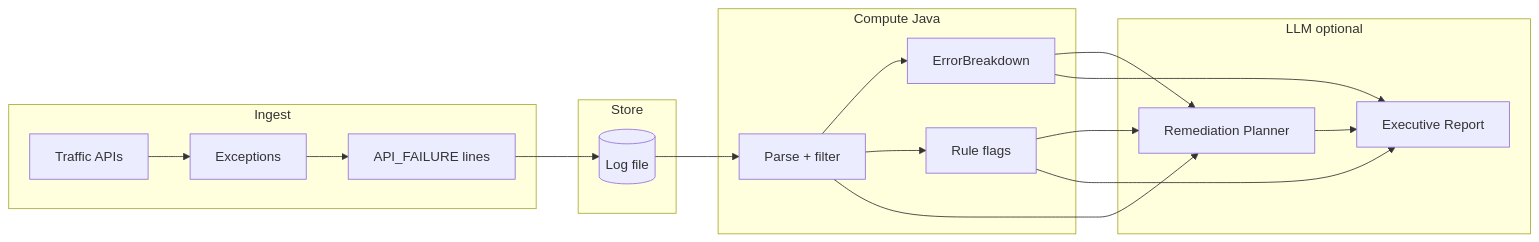
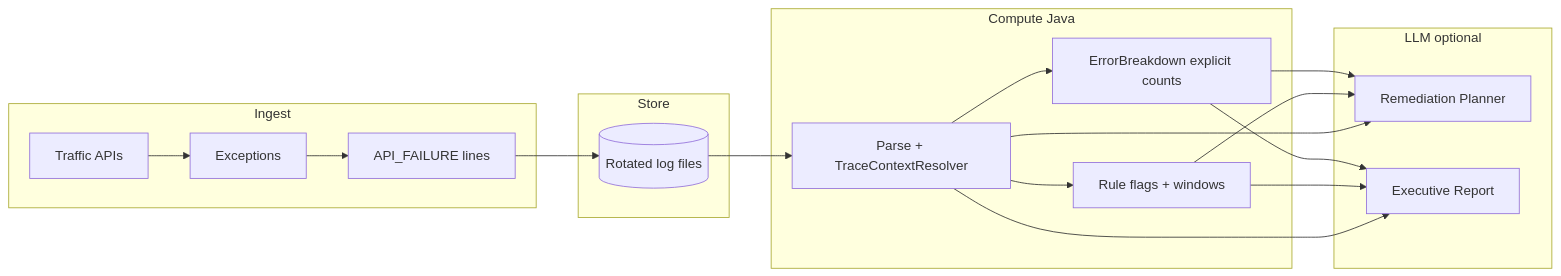
One commit to gajjalaroshan/test1 changed the third of 4 diagrams in docs/architecture/FLOW.md. Above: the diagram before and after it, drawn with Mermaid. The commit also changed other lines of this file and 35 other files, not shown here.

````diff
--- a/docs/architecture/FLOW.md
+++ b/docs/architecture/FLOW.md
@@ -68,33 +78,33 @@
 ```mermaid
 flowchart LR
     subgraph ingest [Ingest]
         T[Traffic APIs]
         E[Exceptions]
         L[API_FAILURE lines]
     end
 
     subgraph store [Store]
-        FILE[(Log file)]
+        FILE[(Rotated log files)]
     end
 
     subgraph compute [Compute Java]
-        PARSE[Parse + filter]
-        SPLIT[ErrorBreakdown]
-        FLAGS[Rule flags]
+        PARSE[Parse + TraceContextResolver]
+        SPLIT[ErrorBreakdown explicit counts]
+        FLAGS[Rule flags + windows]
     end
 
     subgraph llm [LLM optional]
         R1[Remediation Planner]
         R2[Executive Report]
     end
 
     T --> E --> L --> FILE
     FILE --> PARSE --> SPLIT
     PARSE --> FLAGS
     SPLIT --> R1
     FLAGS --> R1
     PARSE --> R1
-    R1 --> R2
     SPLIT --> R2
     FLAGS --> R2
+    PARSE --> R2
 ```
````
